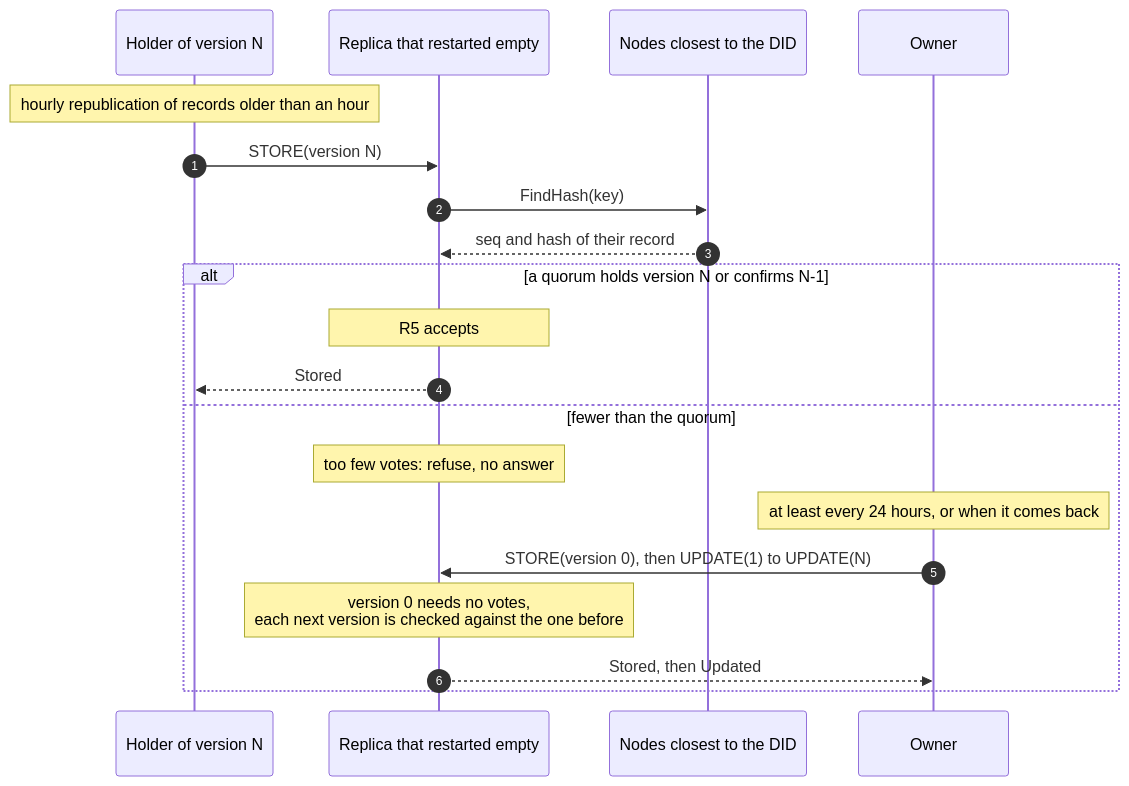
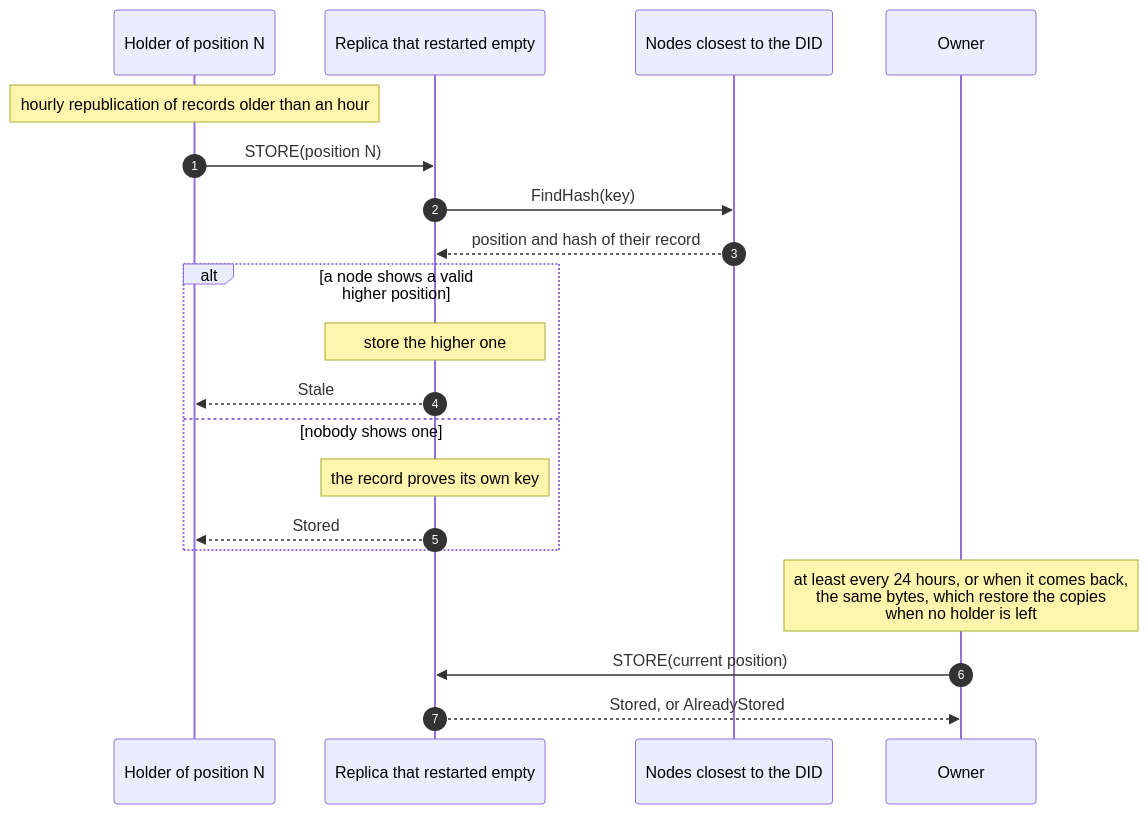
The diagram in docs/design/repair.mmd (fratrung/auth-kademlia-rs), drawn with Mermaid before and after one commit. The commit also changed 28 other files, not shown here.

```diff
--- a/docs/design/repair.mmd
+++ b/docs/design/repair.mmd
@@ -1,20 +1,20 @@
 sequenceDiagram
     autonumber
-    participant H as Holder of version N
+    participant H as Holder of position N
     participant E as Replica that restarted empty
     participant C as Nodes closest to the DID
     participant O as Owner
     Note over H: hourly republication of records older than an hour
-    H->>E: STORE(version N)
+    H->>E: STORE(position N)
     E->>C: FindHash(key)
-    C-->>E: seq and hash of their record
-    alt a quorum holds version N or confirms N-1
-        Note over E: R5 accepts
+    C-->>E: position and hash of their record
+    alt a node shows a valid higher position
+        Note over E: store the higher one
+        E-->>H: Stale
+    else nobody shows one
+        Note over E: the record proves its own key
         E-->>H: Stored
-    else fewer than the quorum
-        Note over E: too few votes: refuse, no answer
-        Note over O: at least every 24 hours, or when it comes back
-        O->>E: STORE(version 0), then UPDATE(1) to UPDATE(N)
-        Note over E: version 0 needs no votes,<br/>each next version is checked against the one before
-        E-->>O: Stored, then Updated
     end
+    Note over O: at least every 24 hours, or when it comes back,<br/>the same bytes, which restore the copies<br/>when no holder is left
+    O->>E: STORE(current position)
+    E-->>O: Stored, or AlreadyStored
```
